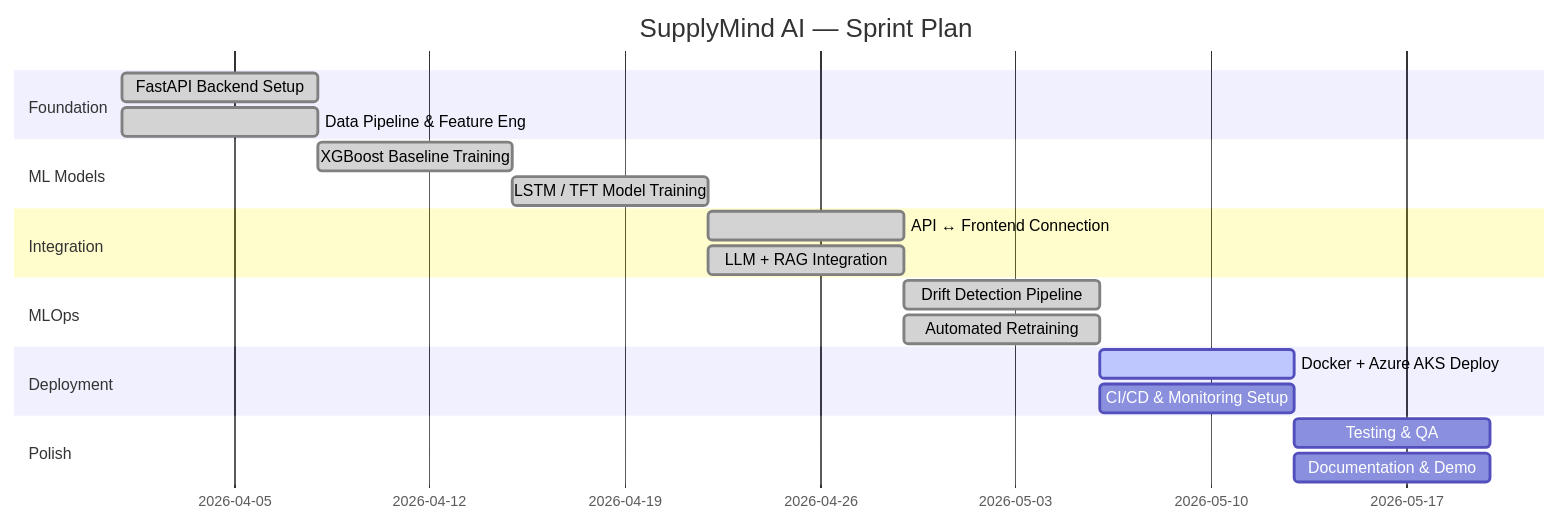
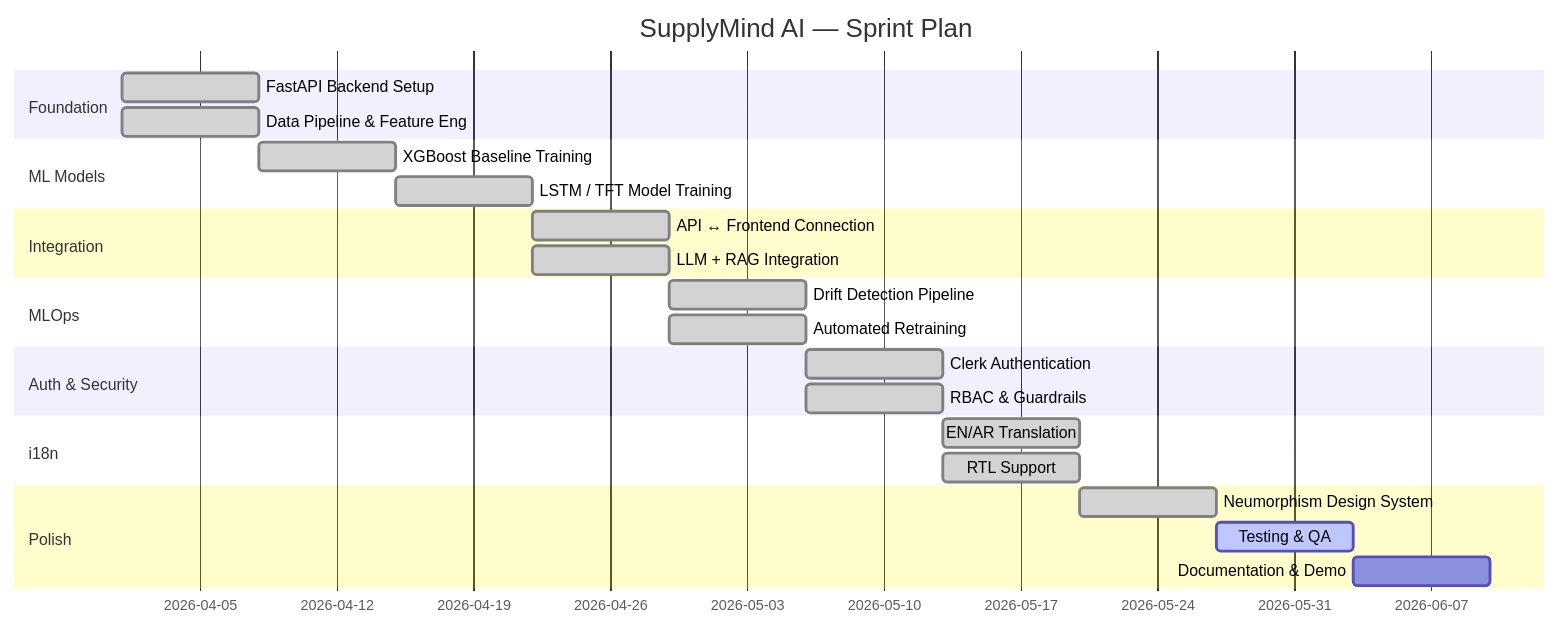
Before and after one commit to IbrahimAbdelsattar/SupplyMindAI: the tenth of 10 diagrams in README.md, drawn with Mermaid. The commit also changed other lines of this file and 41 other files, not shown here.

````diff
--- a/README.md
+++ b/README.md
@@ -671,23 +1053,27 @@
 ```mermaid
 gantt
     title SupplyMind AI — Sprint Plan
     dateFormat  YYYY-MM-DD
     section Foundation
     FastAPI Backend Setup        :done, 2026-04-01, 7d
     Data Pipeline & Feature Eng  :done, 2026-04-01, 7d
     section ML Models
     XGBoost Baseline Training    :done, 2026-04-08, 7d
     LSTM / TFT Model Training    :done, 2026-04-15, 7d
     section Integration
     API ↔ Frontend Connection    :done, 2026-04-22, 7d
     LLM + RAG Integration        :done, 2026-04-22, 7d
     section MLOps
     Drift Detection Pipeline     :done, 2026-04-29, 7d
     Automated Retraining         :done, 2026-04-29, 7d
-    section Deployment
-    Docker + Azure AKS Deploy    :active, 2026-05-06, 7d
-    CI/CD & Monitoring Setup     :2026-05-06, 7d
+    section Auth & Security
+    Clerk Authentication         :done, 2026-05-06, 7d
+    RBAC & Guardrails            :done, 2026-05-06, 7d
+    section i18n
+    EN/AR Translation            :done, 2026-05-13, 7d
+    RTL Support                  :done, 2026-05-13, 7d
     section Polish
-    Testing & QA                 :2026-05-13, 7d
-    Documentation & Demo         :2026-05-13, 7d
+    Neumorphism Design System    :done, 2026-05-20, 7d
+    Testing & QA                 :active, 2026-05-27, 7d
+    Documentation & Demo         :2026-06-03, 7d
 ```
````
